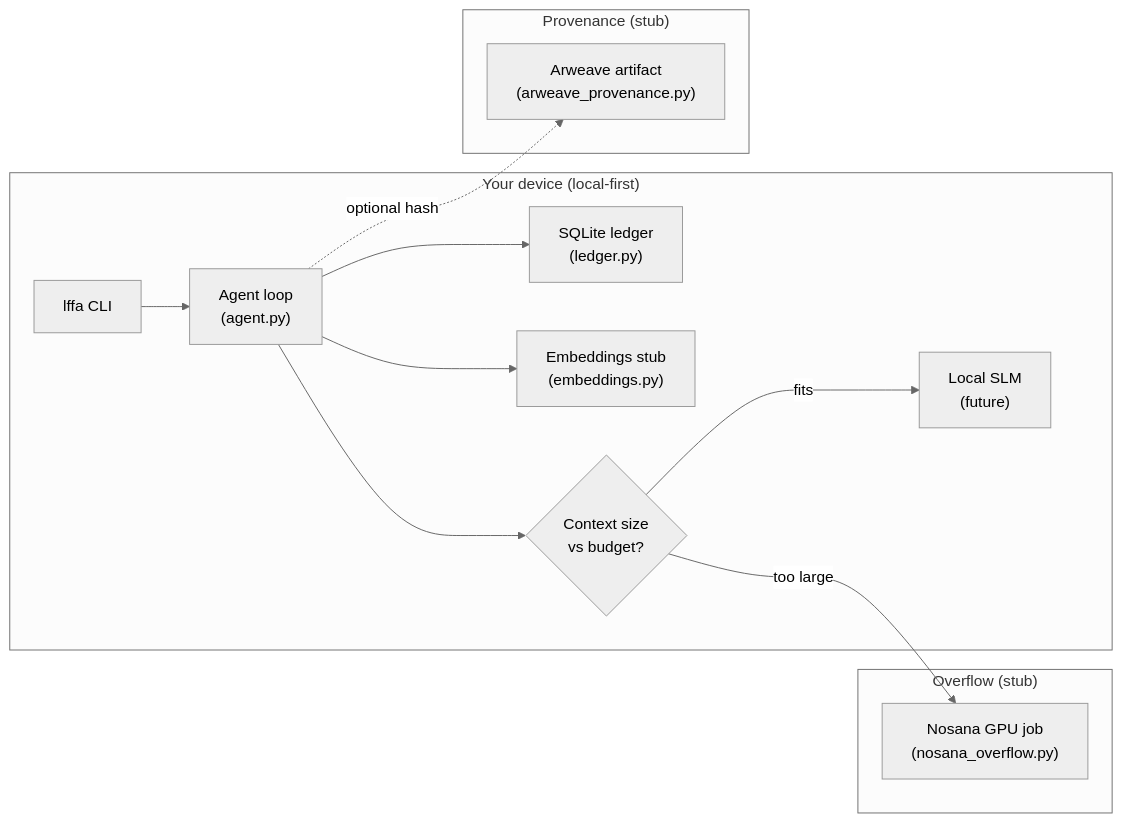
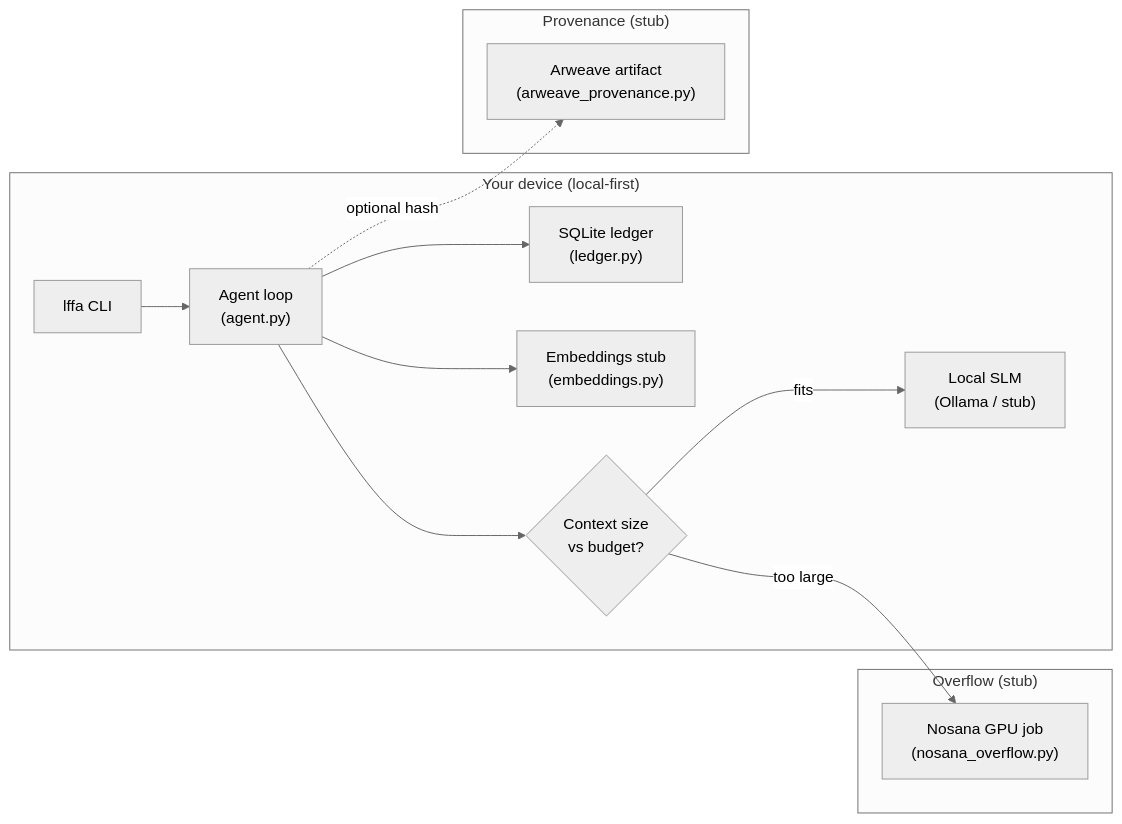
Before and after one commit to ennydev-2026/local-first-financial-agent: the diagram in ARCHITECTURE.md, drawn with Mermaid (neutral theme). The commit also changed other lines of this file and 8 other files, not shown here.

First line of the commit message:
feat: Ollama local SLM + HackerNoon draft

````diff
--- a/ARCHITECTURE.md
+++ b/ARCHITECTURE.md
@@ -7,25 +7,25 @@
 ```mermaid
 flowchart LR
   subgraph device["Your device (local-first)"]
     CLI["lffa CLI"]
     LEDGER["SQLite ledger\n(ledger.py)"]
     EMB["Embeddings stub\n(embeddings.py)"]
-    SLM["Local SLM\n(future)"]
+    SLM["Local SLM\n(Ollama / stub)"]
     AGENT["Agent loop\n(agent.py)"]
     CLI --> AGENT
     AGENT --> LEDGER
     AGENT --> EMB
     AGENT --> ROUTE{"Context size\nvs budget?"}
     ROUTE -->|fits| SLM
   end
 
   subgraph overflow["Overflow (stub)"]
     NOS["Nosana GPU job\n(nosana_overflow.py)"]
     ROUTE -->|too large| NOS
   end
 
   subgraph provenance["Provenance (stub)"]
     AR["Arweave artifact\n(arweave_provenance.py)"]
     AGENT -.->|optional hash| AR
   end
 ```
````
